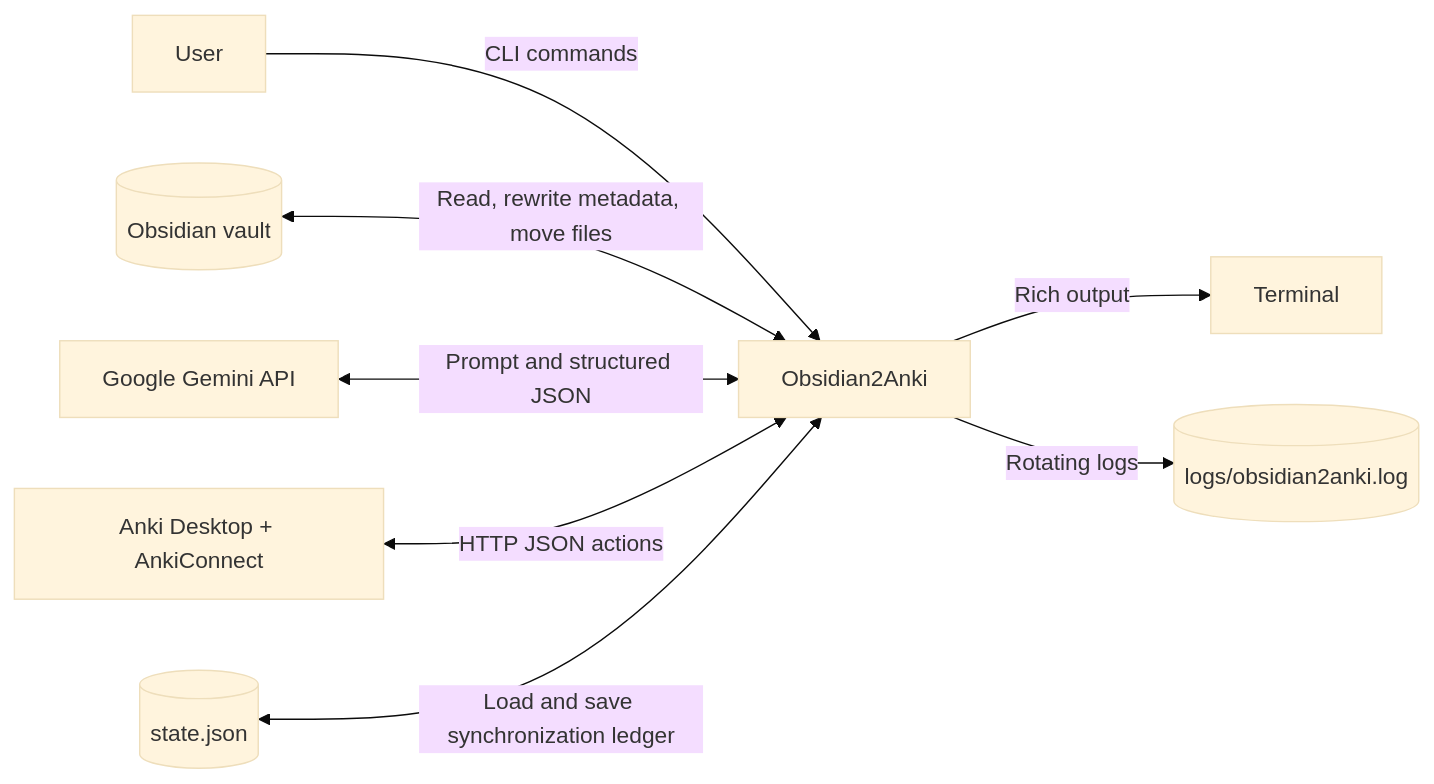
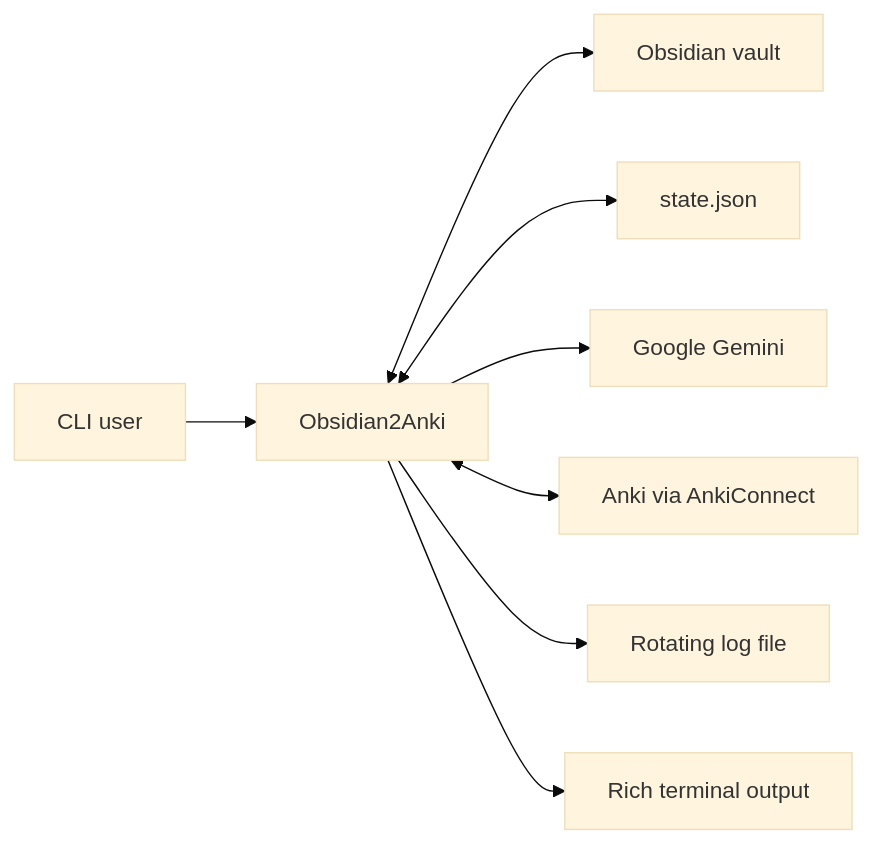
The first of 5 diagrams in docs/architecture.md (NikaMalakmadze/Obsidian2Anki), drawn with Mermaid (base theme) before and after one commit. The commit also changed other lines of this file and 6 other files, not shown here.

````diff
--- a/docs/architecture.md
+++ b/docs/architecture.md
@@ -65,12 +43,10 @@
 ```mermaid
 flowchart LR
-    User[User] -->|CLI commands| App[Obsidian2Anki]
-
-    Vault[(Obsidian vault)] <-->|Read, rewrite metadata, move files| App
-    Gemini[Google Gemini API] <-->|Prompt and structured JSON| App
-    Anki[Anki Desktop + AnkiConnect] <-->|HTTP JSON actions| App
-    State[(state.json)] <-->|Load and save synchronization ledger| App
-
-    App -->|Rich output| Terminal[Terminal]
-    App -->|Rotating logs| Logs[(logs/obsidian2anki.log)]
+    CLI[CLI user] --> App[Obsidian2Anki]
+    App <--> Vault[Obsidian vault]
+    App <--> State[state.json]
+    App --> Gemini[Google Gemini]
+    App <--> Anki[Anki via AnkiConnect]
+    App --> Logs[Rotating log file]
+    App --> Terminal[Rich terminal output]
 ```
````
